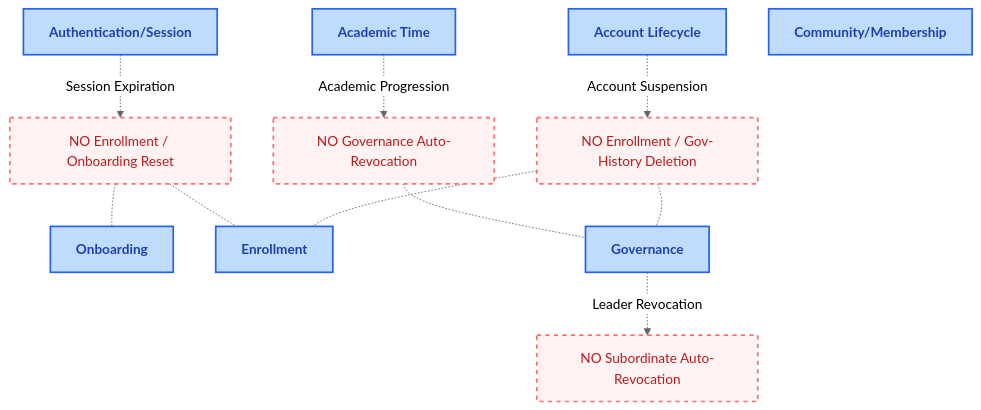
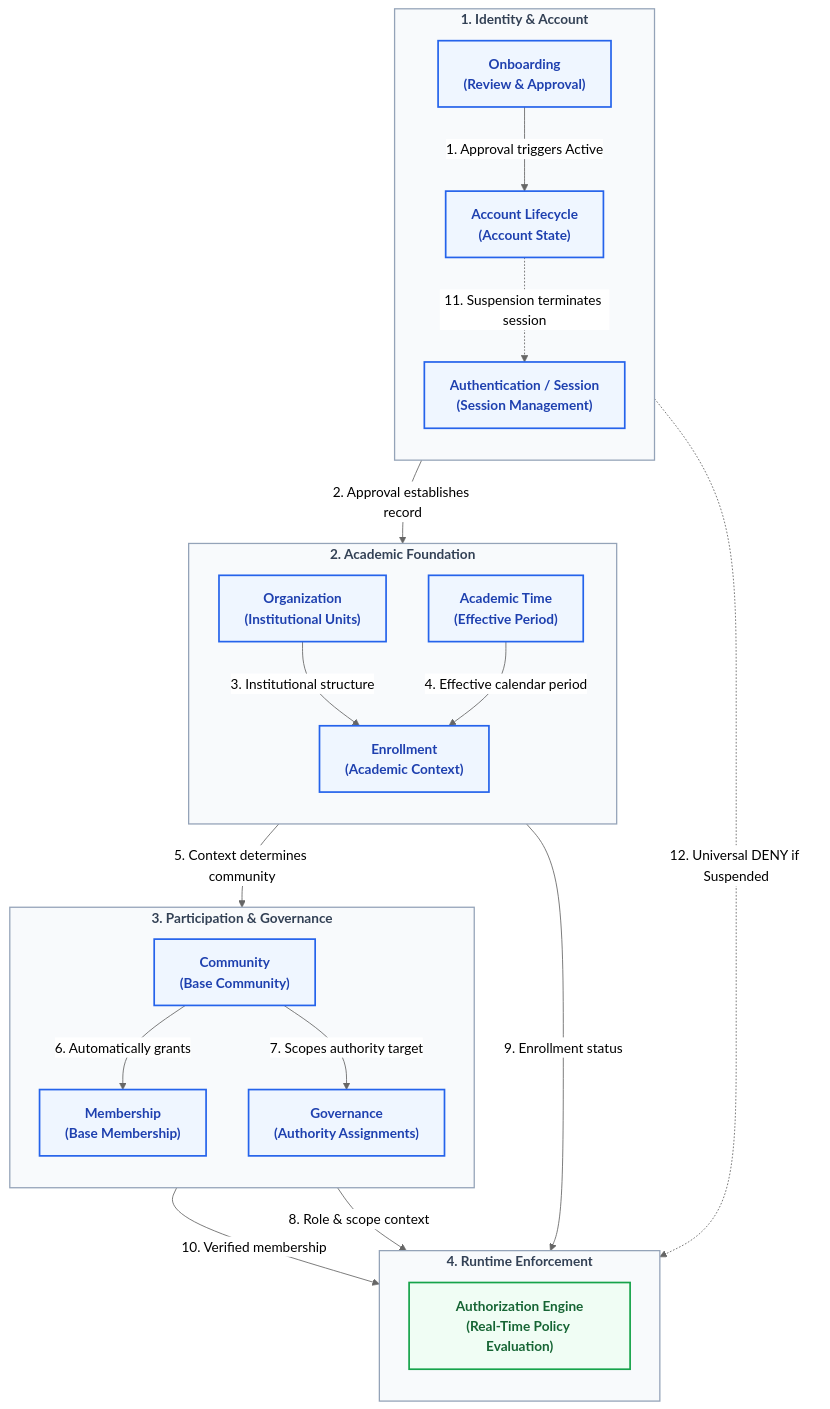
Before and after one commit to davidalbertstark-lab/Lenar: the first of 2 diagrams in docs/foundation/05-domain-relationships.md, drawn with Mermaid (neutral theme). The commit also changed other lines of this file and 28 other files, not shown here.

Commit message:
docs: system-wide diagram redesign for first-instance comprehension

````diff
--- a/docs/foundation/05-domain-relationships.md
+++ b/docs/foundation/05-domain-relationships.md
@@ -7,26 +16,53 @@
 ```mermaid
 flowchart TD
-    classDef lc fill:#bfdbfe,stroke:#2563eb,stroke-width:2px,color:#1e40af,font-weight:bold
-    classDef no_cascade fill:#fef2f2,stroke:#f87171,stroke-width:2px,color:#b91c1c,stroke-dasharray: 5 5
+    classDef domain fill:#eff6ff,stroke:#2563eb,stroke-width:2px,color:#1e40af,font-weight:bold
+    classDef engine fill:#f0fdf4,stroke:#16a34a,stroke-width:2px,color:#166534,font-weight:bold
+    classDef boundary fill:#f8fafc,stroke:#94a3b8,stroke-width:1.5px,color:#334155,font-weight:bold
 
-    Acc[Account Lifecycle]:::lc
-    Auth[Authentication/Session]:::lc
-    Onb[Onboarding]:::lc
-    Time[Academic Time]:::lc
-    Enr[Enrollment]:::lc
-    Comm[Community/Membership]:::lc
-    Gov[Governance]:::lc
-    
-    Auth -.->|Session Expiration| X1[NO Enrollment / Onboarding Reset]:::no_cascade
-    X1 -.- Enr
-    X1 -.- Onb
-    
-    Time -.->|Academic Progression| X2[NO Governance Auto-Revocation]:::no_cascade
-    X2 -.- Gov
-    
-    Gov -.->|Leader Revocation| X3[NO Subordinate Auto-Revocation]:::no_cascade
-    
-    Acc -.->|Account Suspension| X4[NO Enrollment / Gov-History Deletion]:::no_cascade
-    X4 -.- Enr
-    X4 -.- Gov
+    subgraph Identity ["1. Identity & Account"]
+        direction TB
+        Onb["Onboarding<br/>(Review & Approval)"]:::domain
+        Acc["Account Lifecycle<br/>(Account State)"]:::domain
+        Auth["Authentication / Session<br/>(Session Management)"]:::domain
+
+        Onb -->|"1. Approval triggers Active"| Acc
+        Acc -.->|"11. Suspension terminates session"| Auth
+    end
+
+    subgraph Academic ["2. Academic Foundation"]
+        direction TB
+        Org["Organization<br/>(Institutional Units)"]:::domain
+        Time["Academic Time<br/>(Effective Period)"]:::domain
+        Enr["Enrollment<br/>(Academic Context)"]:::domain
+
+        Org -->|"3. Institutional structure"| Enr
+        Time -->|"4. Effective calendar period"| Enr
+    end
+
+    subgraph Participation ["3. Participation & Governance"]
+        direction TB
+        Comm["Community<br/>(Base Community)"]:::domain
+        Mem["Membership<br/>(Base Membership)"]:::domain
+        Gov["Governance<br/>(Authority Assignments)"]:::domain
+
+        Comm -->|"6. Automatically grants"| Mem
+        Comm -->|"7. Scopes authority target"| Gov
+    end
+
+    subgraph Enforcement ["4. Runtime Enforcement"]
+        direction TB
+        Authz["Authorization Engine<br/>(Real-Time Policy Evaluation)"]:::engine
+    end
+
+    %% Inter-domain flows
+    Onb -->|"2. Approval establishes record"| Enr
+    Enr -->|"5. Context determines community"| Comm
+
+    %% Authorization context inputs
+    Acc -.->|"12. Universal DENY if Suspended"| Authz
+    Enr -->|"9. Enrollment status"| Authz
+    Mem -->|"10. Verified membership"| Authz
+    Gov -->|"8. Role & scope context"| Authz
+
+    class Identity,Academic,Participation,Enforcement boundary
 ```
````
